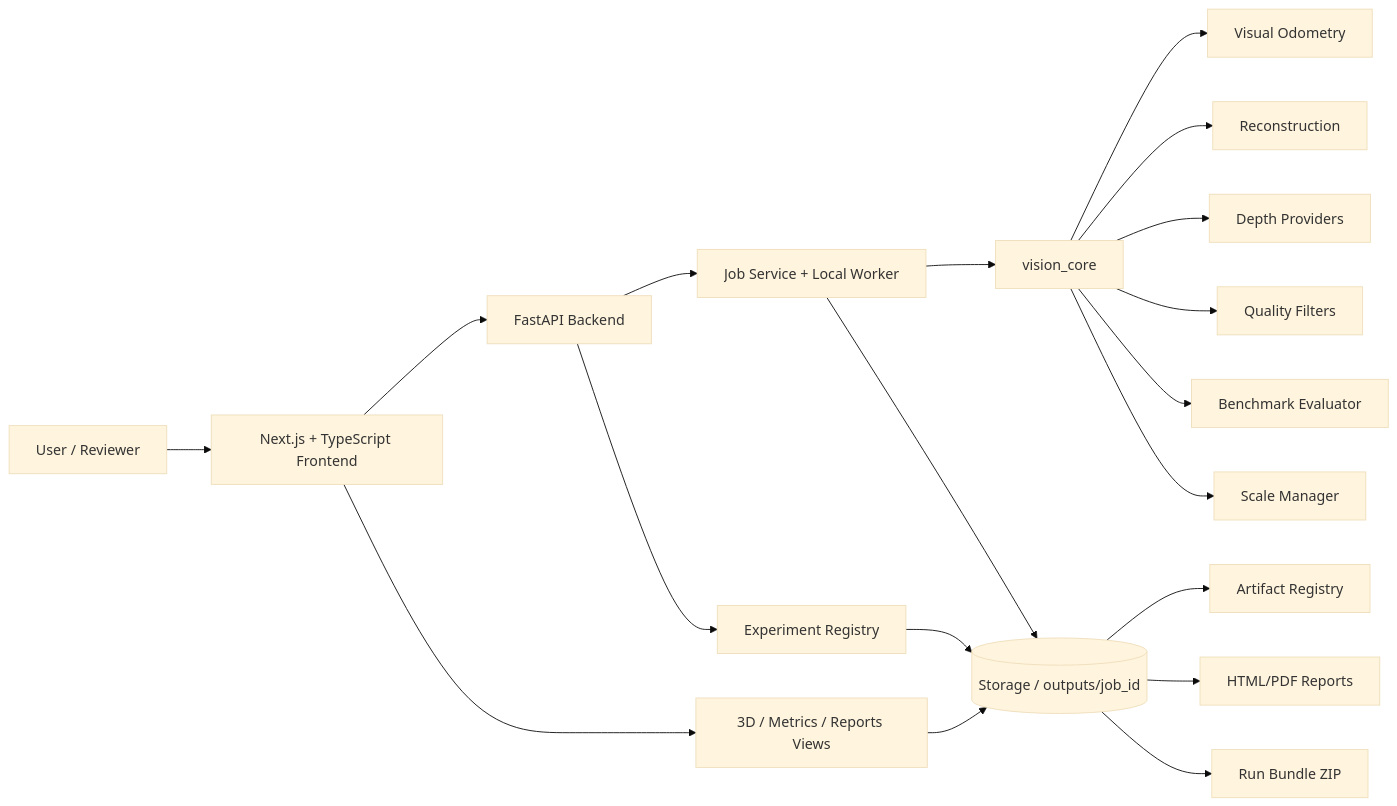
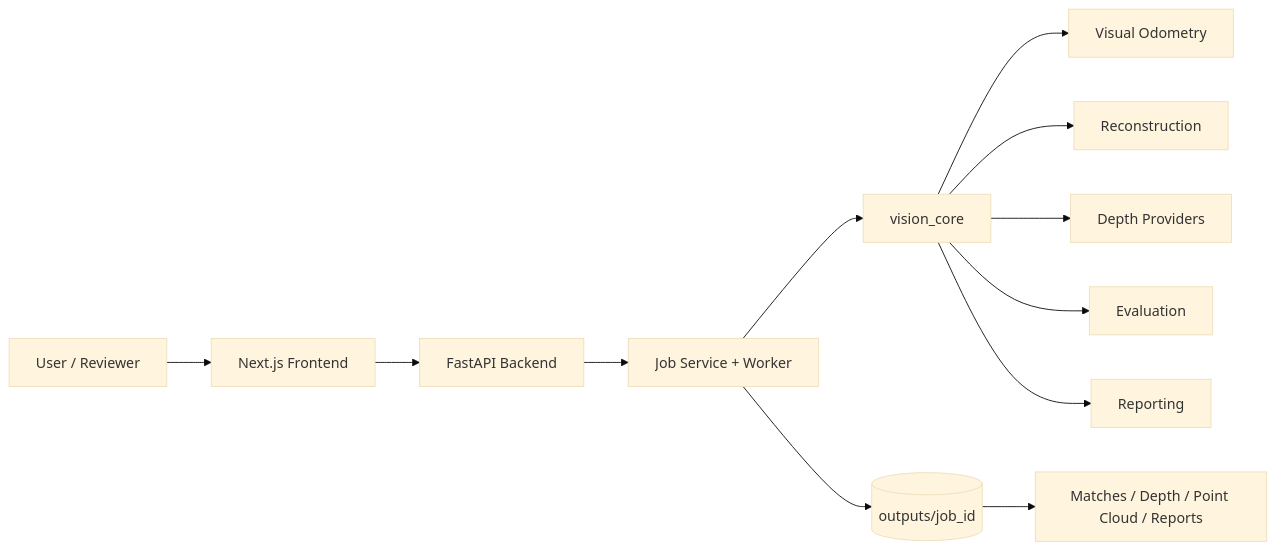
The first of 3 diagrams in README.md (HUSNAIN-MUNAWAR/SceneMotion-3D), drawn with Mermaid (base theme) before and after one commit. The commit also changed other lines of this file and 36 other files, not shown here.

````diff
--- a/README.md
+++ b/README.md
@@ -102,21 +73,14 @@
 ```mermaid
 flowchart LR
-    USER[User / Reviewer] --> UI[Next.js + TypeScript Frontend]
-    UI --> API[FastAPI Backend]
-    API --> JOB[Job Service + Local Worker]
-    JOB --> CORE[vision_core]
-    CORE --> VO[Visual Odometry]
-    CORE --> REC[Reconstruction]
-    CORE --> DEPTH[Depth Providers]
-    CORE --> QUAL[Quality Filters]
-    CORE --> EVAL[Benchmark Evaluator]
-    CORE --> SCALE[Scale Manager]
-    JOB --> STORE[(Storage / outputs/job_id)]
-    STORE --> ART[Artifact Registry]
-    STORE --> REPORT[HTML/PDF Reports]
-    STORE --> BUNDLE[Run Bundle ZIP]
-    API --> EXP[Experiment Registry]
-    EXP --> STORE
-    UI --> VIEW[3D / Metrics / Reports Views]
-    VIEW --> STORE
+    User[User / Reviewer] --> Frontend[Next.js Frontend]
+    Frontend --> API[FastAPI Backend]
+    API --> Jobs[Job Service + Worker]
+    Jobs --> Core[vision_core]
+    Core --> VO[Visual Odometry]
+    Core --> Recon[Reconstruction]
+    Core --> Depth[Depth Providers]
+    Core --> Eval[Evaluation]
+    Core --> Reports[Reporting]
+    Jobs --> Outputs[(outputs/job_id)]
+    Outputs --> UIViews[Matches / Depth / Point Cloud / Reports]
 ```
````
